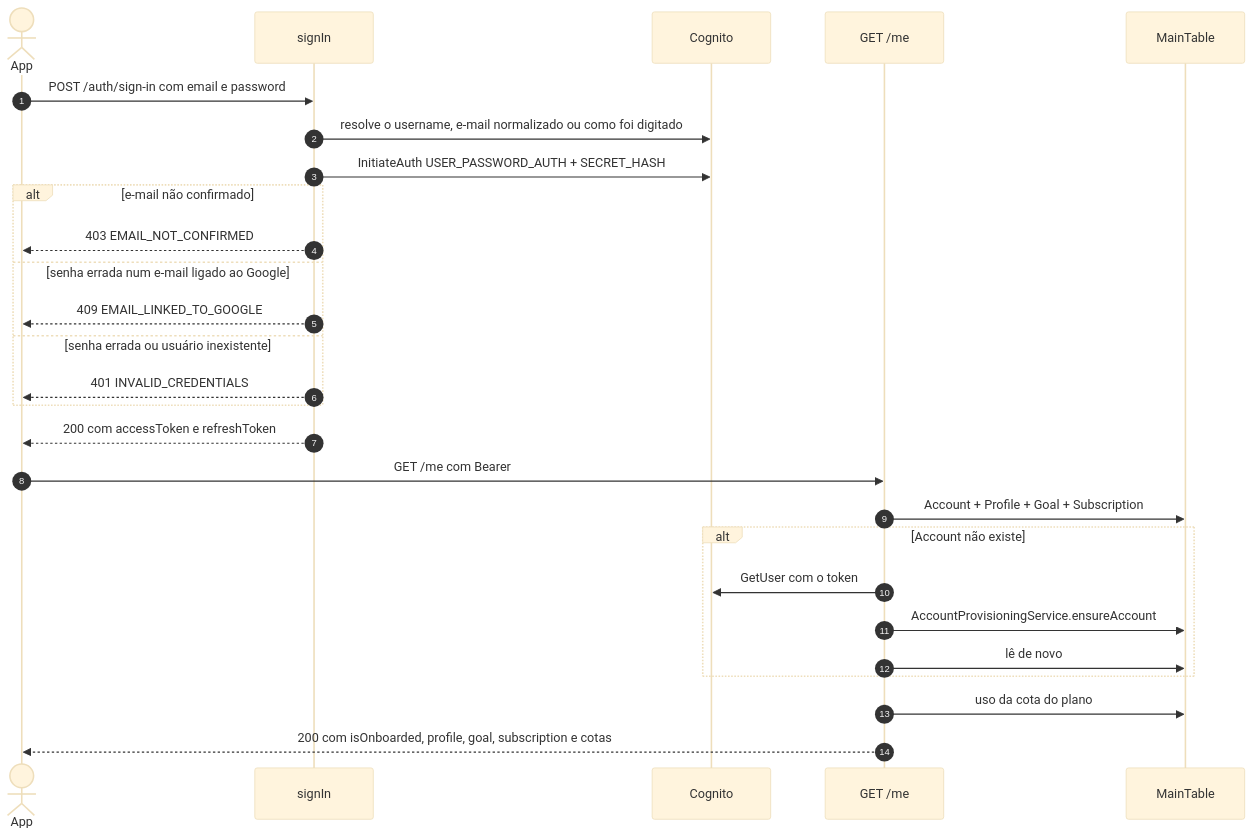
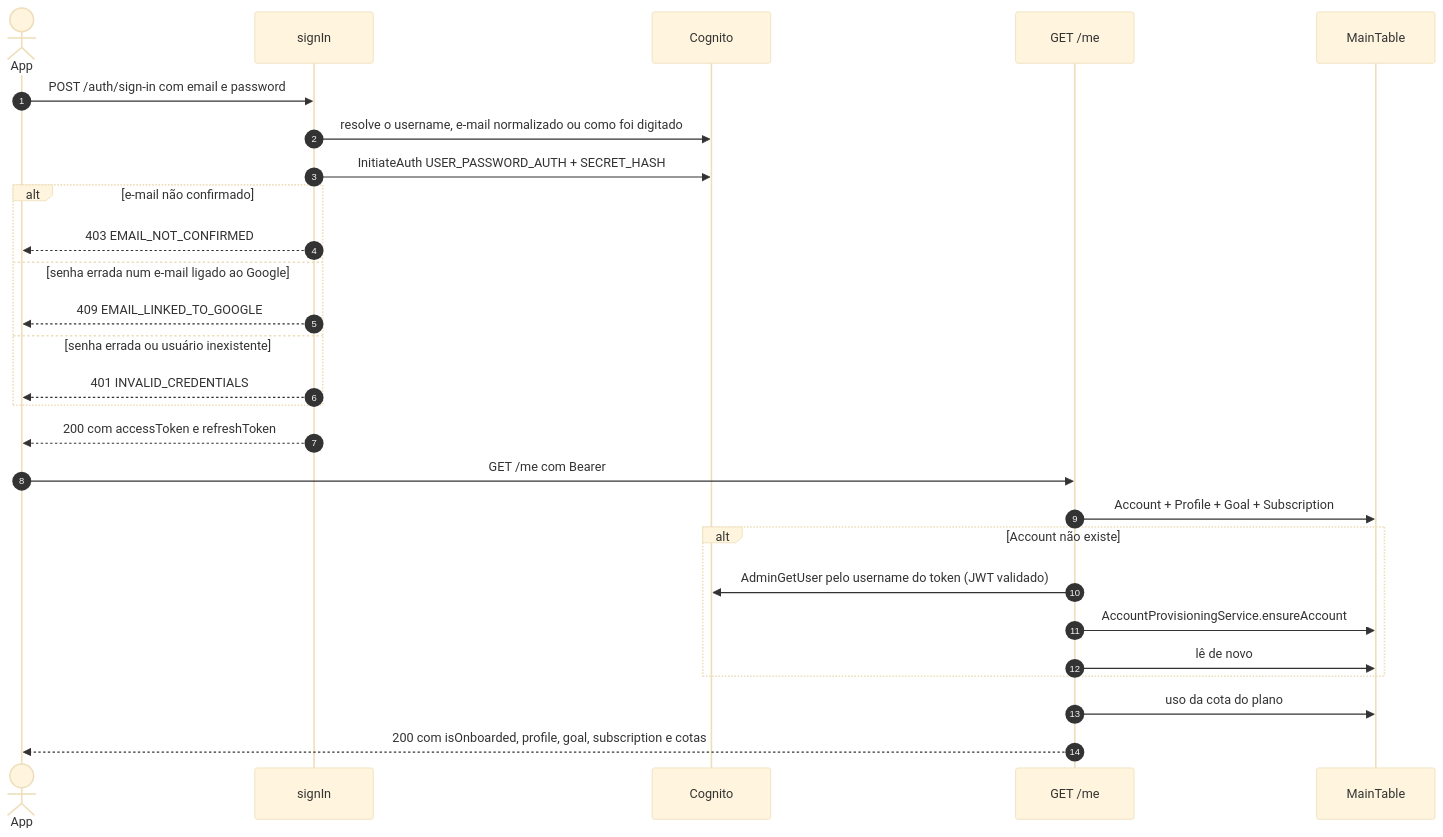
One commit to nivaldoandrade/nacal-api changed the first of 3 diagrams in docs/guide/fluxos/auth-login-senha.md. Above: the diagram before and after it, drawn with Mermaid (base theme). The commit also changed other lines of this file and 26 other files, not shown here.

Commit message:
fix(api): drop meals cdn, suppress cognito admin scope and shorten access token to 1h

````diff
--- a/docs/guide/fluxos/auth-login-senha.md
+++ b/docs/guide/fluxos/auth-login-senha.md
@@ -24,31 +27,31 @@
 ```mermaid
 sequenceDiagram
     autonumber
     actor U as App
     participant API as signIn
     participant Cog as Cognito
     participant Me as GET /me
     participant DB as MainTable
 
     U->>API: POST /auth/sign-in com email e password
     API->>Cog: resolve o username, e-mail normalizado ou como foi digitado
     API->>Cog: InitiateAuth USER_PASSWORD_AUTH + SECRET_HASH
     alt e-mail não confirmado
         API-->>U: 403 EMAIL_NOT_CONFIRMED
     else senha errada num e-mail ligado ao Google
         API-->>U: 409 EMAIL_LINKED_TO_GOOGLE
     else senha errada ou usuário inexistente
         API-->>U: 401 INVALID_CREDENTIALS
     end
     API-->>U: 200 com accessToken e refreshToken
 
     U->>Me: GET /me com Bearer
     Me->>DB: Account + Profile + Goal + Subscription
     alt Account não existe
-        Me->>Cog: GetUser com o token
+        Me->>Cog: AdminGetUser pelo username do token (JWT validado)
         Me->>DB: AccountProvisioningService.ensureAccount
         Me->>DB: lê de novo
     end
     Me->>DB: uso da cota do plano
     Me-->>U: 200 com isOnboarded, profile, goal, subscription e cotas
 ```
````
